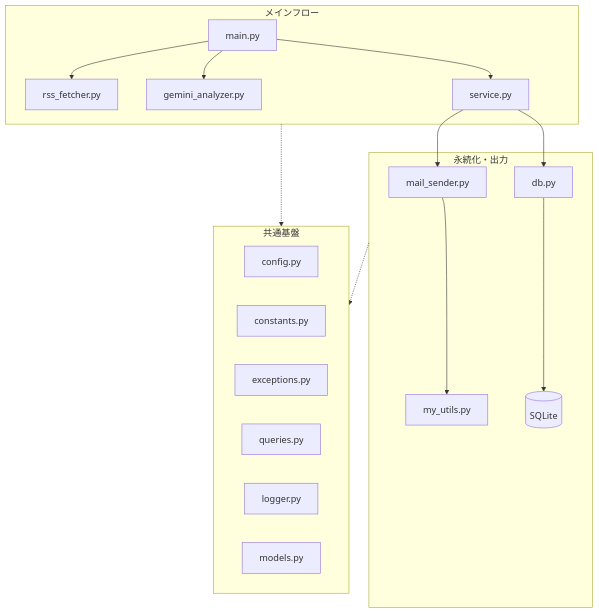
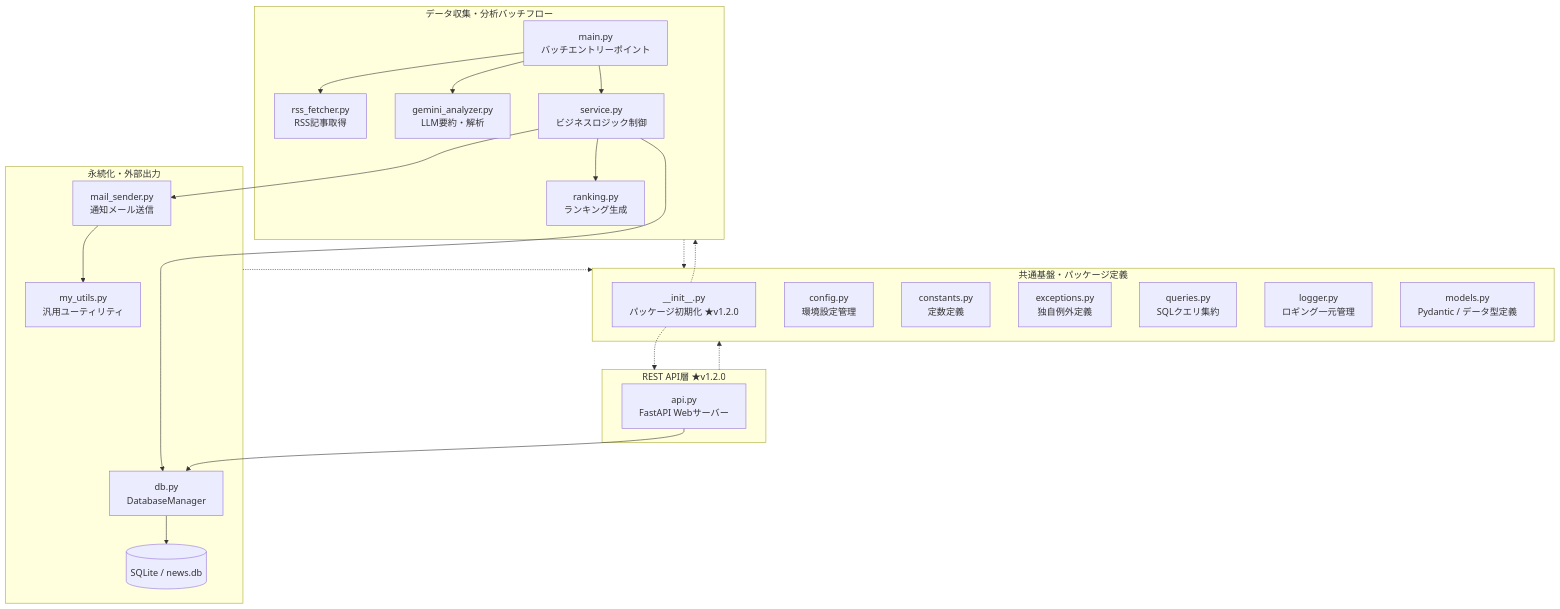
The second of 2 diagrams in README.md (neucorino/itnews-autocollector), drawn with Mermaid before and after one commit. The commit also changed other lines of this file and 2 other files, not shown here.

````diff
--- a/README.md
+++ b/README.md
@@ -178,35 +210,55 @@
 ```mermaid
 flowchart TD
-    subgraph Core [メインフロー]
-        Main[main.py]
-        RSS[rss_fetcher.py]
-        AI[gemini_analyzer.py]
-        Service[service.py]
+    subgraph Core [データ収集・分析バッチフロー]
+        Main[main.py<br/>バッチエントリーポイント]
+        RSS[rss_fetcher.py<br/>RSS記事取得]
+        AI[gemini_analyzer.py<br/>LLM要約・解析]
+        Rank[ranking.py<br/>ランキング生成]
+        Service[service.py<br/>ビジネスロジック制御]
     end
- 
-    subgraph Output [永続化・出力]
-        Mail[mail_sender.py]
-        Utils[my_utils.py]
-        DB[db.py]
-        SQLite[(SQLite)]
+
+    subgraph API [REST API層 ★v1.2.0]
+        FastAPI[api.py<br/>FastAPI Webサーバー]
     end
- 
-    subgraph Infra [共通基盤]
-        Config[config.py]
-        Const[constants.py]
-        Exc[exceptions.py]
-        Queries[queries.py]
-        Logger[logger.py]
-        Models[models.py]
+
+    subgraph Output [永続化・外部出力]
+        Mail[mail_sender.py<br/>通知メール送信]
+        Utils[my_utils.py<br/>汎用ユーティリティ]
+        DB[db.py<br/>DatabaseManager]
+        SQLite[(SQLite / news.db)]
     end
- 
+
+    subgraph Infra [共通基盤・パッケージ定義]
+        Init[__init__.py<br/>パッケージ初期化 ★v1.2.0]
+        Config[config.py<br/>環境設定管理]
+        Const[constants.py<br/>定数定義]
+        Exc[exceptions.py<br/>独自例外定義]
+        Queries[queries.py<br/>SQLクエリ集約]
+        Logger[logger.py<br/>ロギング一元管理]
+        Models[models.py<br/>Pydantic / データ型定義]
+    end
+
+    %% バッチフローの依存関係
     Main --> RSS
     Main --> AI
     Main --> Service
+    Service --> Rank
+
+    %% 永続化・出力への依存関係
     Service --> DB
-    DB --> SQLite
     Service --> Mail
     Mail --> Utils
+    
+    %% API層からの永続化への依存関係
+    FastAPI --> DB
+    DB --> SQLite
+
+    %% 共通基盤（Infra）への依存関係（パッケージ全体がインポート）
     Core -.-> Infra
+    API -.-> Infra
     Output -.-> Infra
+    
+    %% __init__.pyのシステム全体への構造的アノテーション
+    Init -.-> Core
+    Init -.-> API
 ```
````
